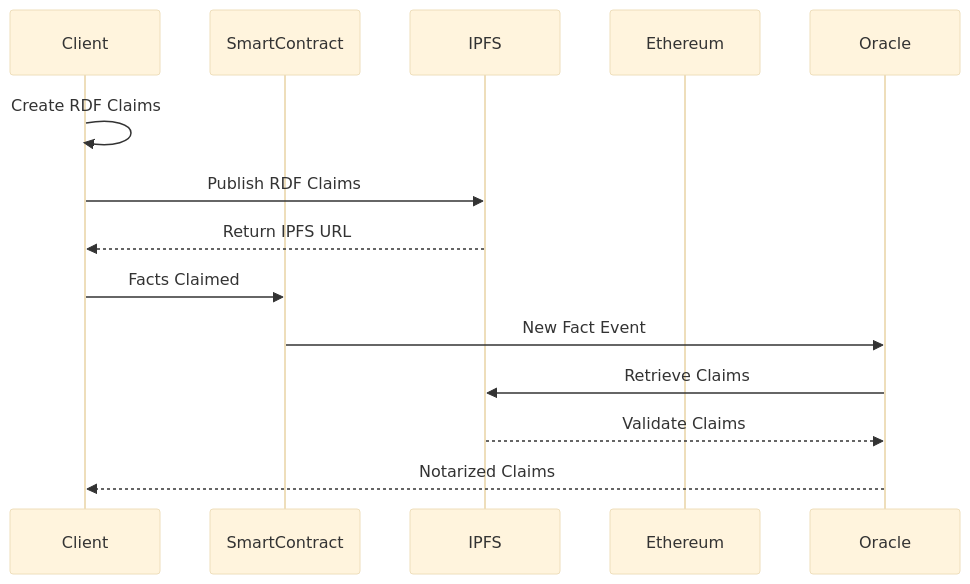
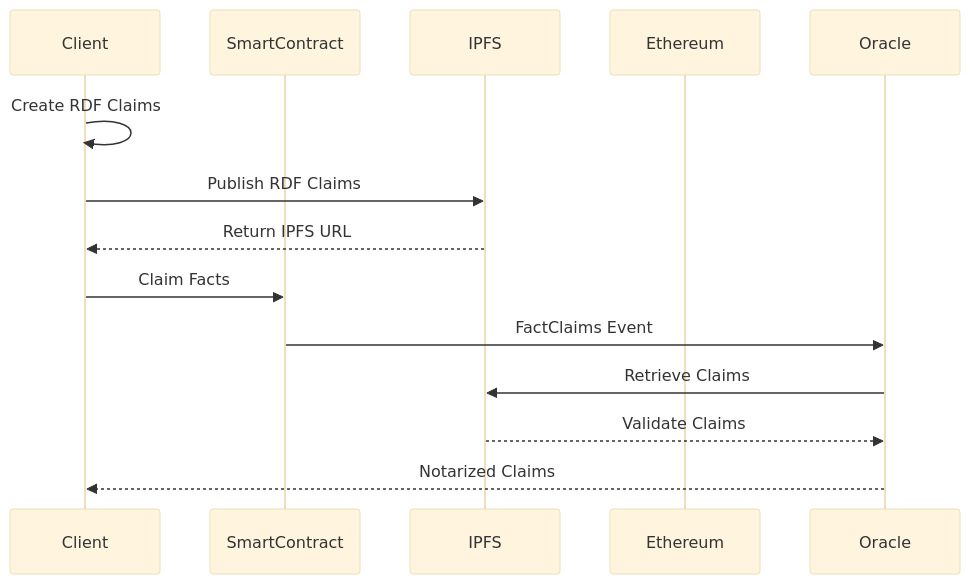
One commit to fact-claims/fact.claims changed the third of 3 diagrams in www/content/rfc/draft.md. Above: the diagram before and after it, drawn with Mermaid (base theme).

````diff
--- a/www/content/rfc/draft.md
+++ b/www/content/rfc/draft.md
@@ -122,17 +122,17 @@
 ```mermaid
 sequenceDiagram
     participant Client
     participant SmartContract
     participant IPFS
     participant Ethereum
     participant Oracle
 
     Client->>Client: Create RDF Claims
     Client->>IPFS: Publish RDF Claims
     IPFS-->>Client: Return IPFS URL
-    Client->>SmartContract: Facts Claimed
-    SmartContract->>Oracle: New Fact Event
+    Client->>SmartContract: Claim Facts 
+    SmartContract->>Oracle: FactClaims Event
     Oracle->>IPFS: Retrieve Claims
     IPFS-->>Oracle: Validate Claims
     Oracle-->>Client: Notarized Claims
 ```
````
